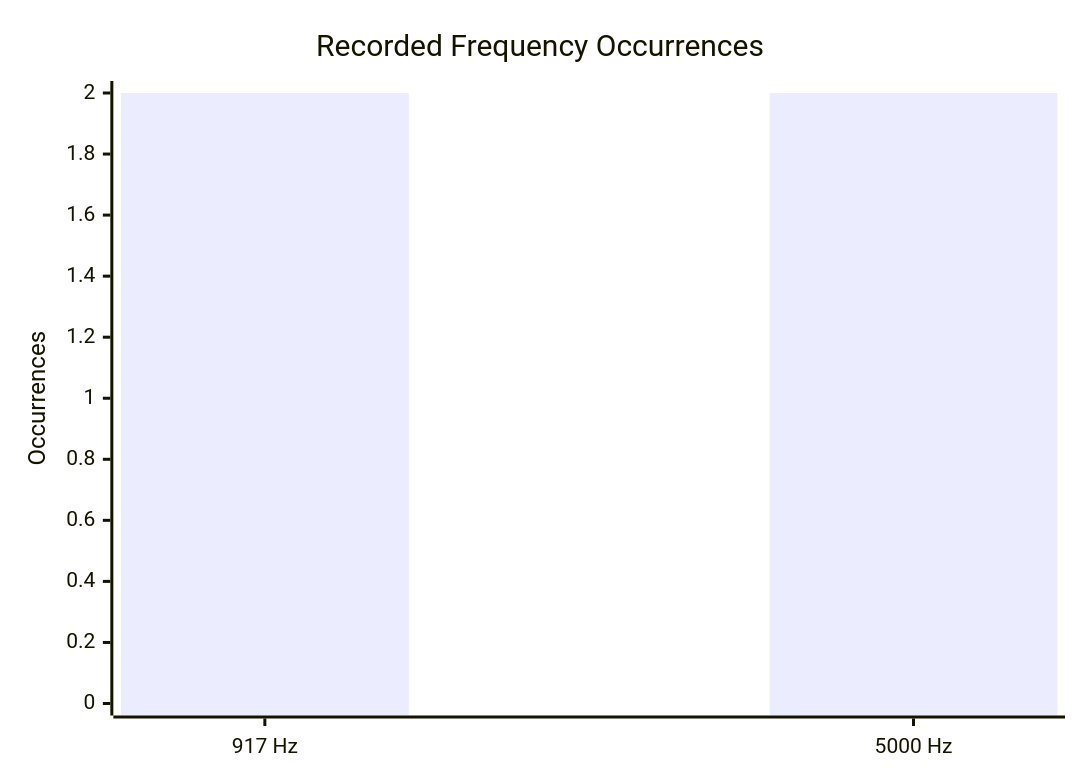
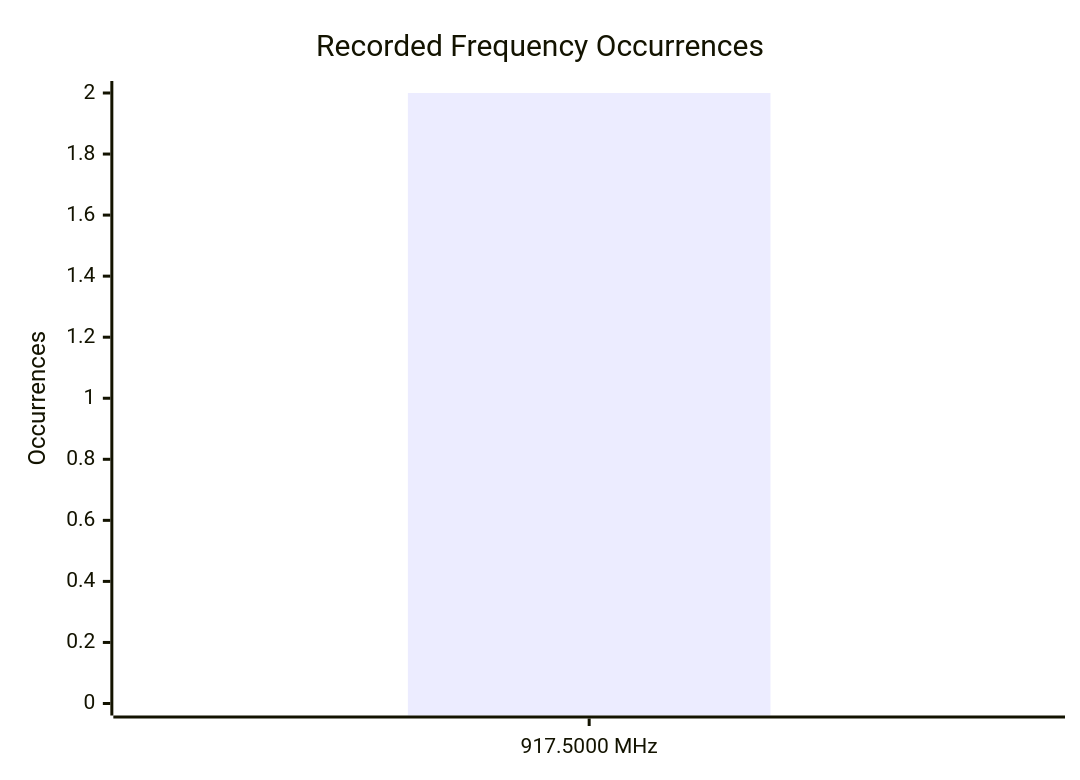
The first of 2 diagrams in README.md (DuckyOnQuack-999/ELECTROMAGNETIC-AUDIO-TRANSDUCTION), drawn with Mermaid before and after one commit. The commit also changed other lines of this file, not shown here.

Commit message:
Update frequency units from Hz to MHz

````diff
--- a/README.md
+++ b/README.md
@@ -30,7 +30,7 @@
 ```mermaid
 xychart-beta
     title "Recorded Frequency Occurrences"
-    x-axis ["917 Hz", "5000 Hz"]
+    x-axis ["917.5000 MHz"]
     y-axis "Occurrences" 0 --> 2
     bar [2, 2]
 ```
````
